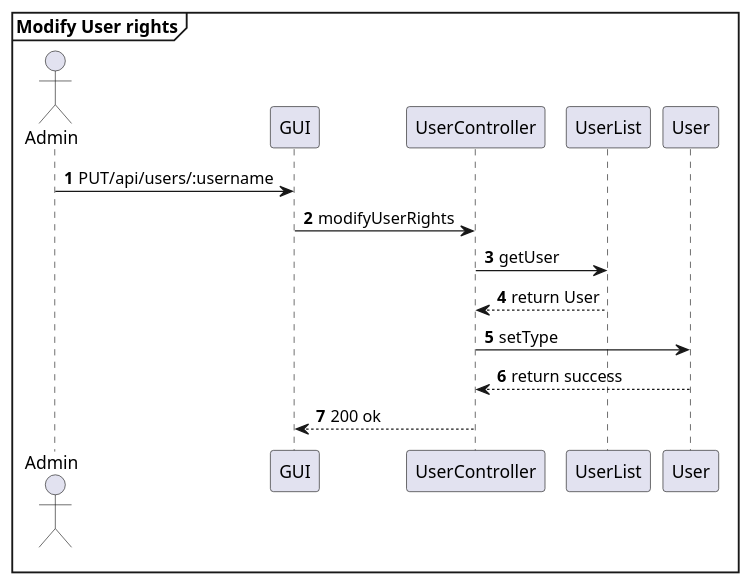
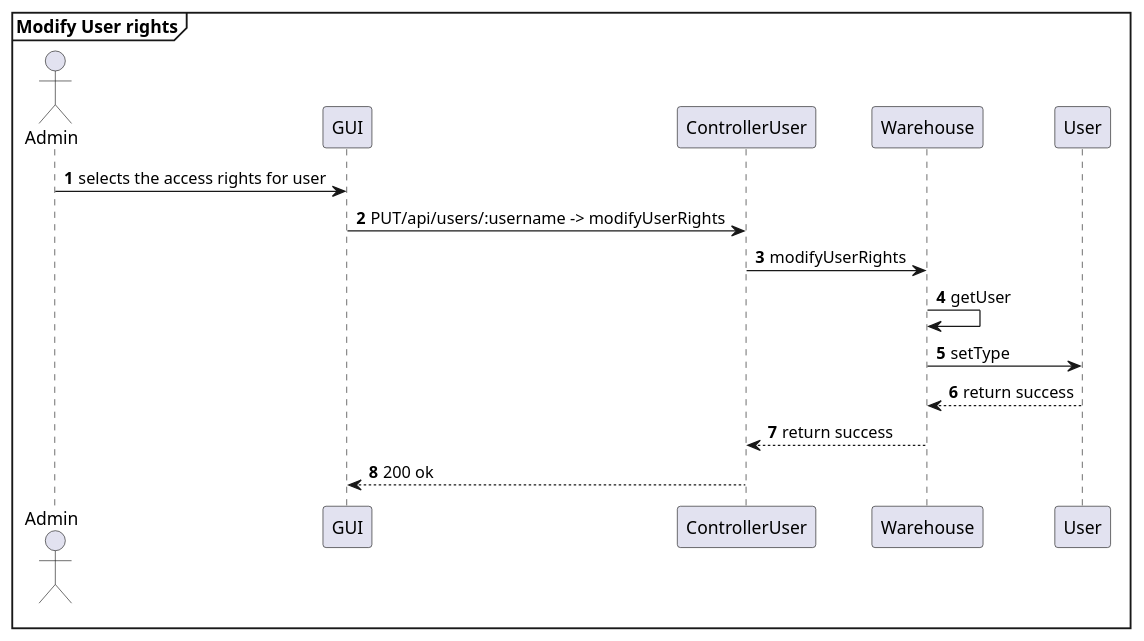
Diagram 15 of 32 in DesignDocument.md (AlexZampa/EzWh), drawn with PlantUML before and after one commit. The commit also changed other lines of this file, not shown here.

````diff
--- a/DesignDocument.md
+++ b/DesignDocument.md
@@ -785,20 +809,21 @@
 ```plantuml
 @startuml
 mainframe **Modify User rights**
 actor Admin
 participant GUI
-participant UserController
-participant UserList
+participant ControllerUser
+participant Warehouse
 participant User
 
 autonumber
-Admin -> GUI : PUT/api/users/:username
-GUI -> UserController : modifyUserRights
-UserController -> UserList : getUser
-UserController <-- UserList : return User
-UserController -> User : setType
-UserController <-- User : return success
-GUI <-- UserController : 200 ok
+Admin -> GUI : selects the access rights for user 
+GUI -> ControllerUser : PUT/api/users/:username -> modifyUserRights
+ControllerUser -> Warehouse : modifyUserRights
+Warehouse -> Warehouse : getUser
+Warehouse -> User : setType
+Warehouse <-- User : return success
+ControllerUser <-- Warehouse : return success
+GUI <-- ControllerUser : 200 ok
 
 @enduml
 ```
````
